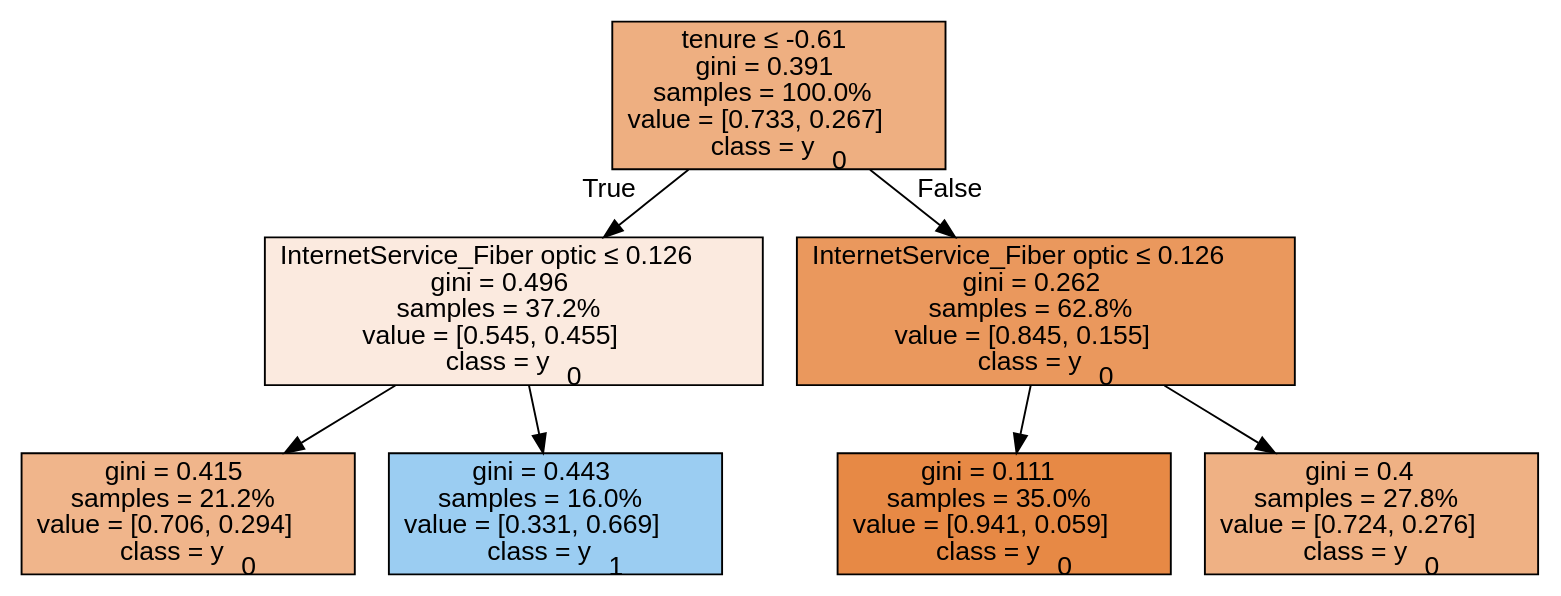
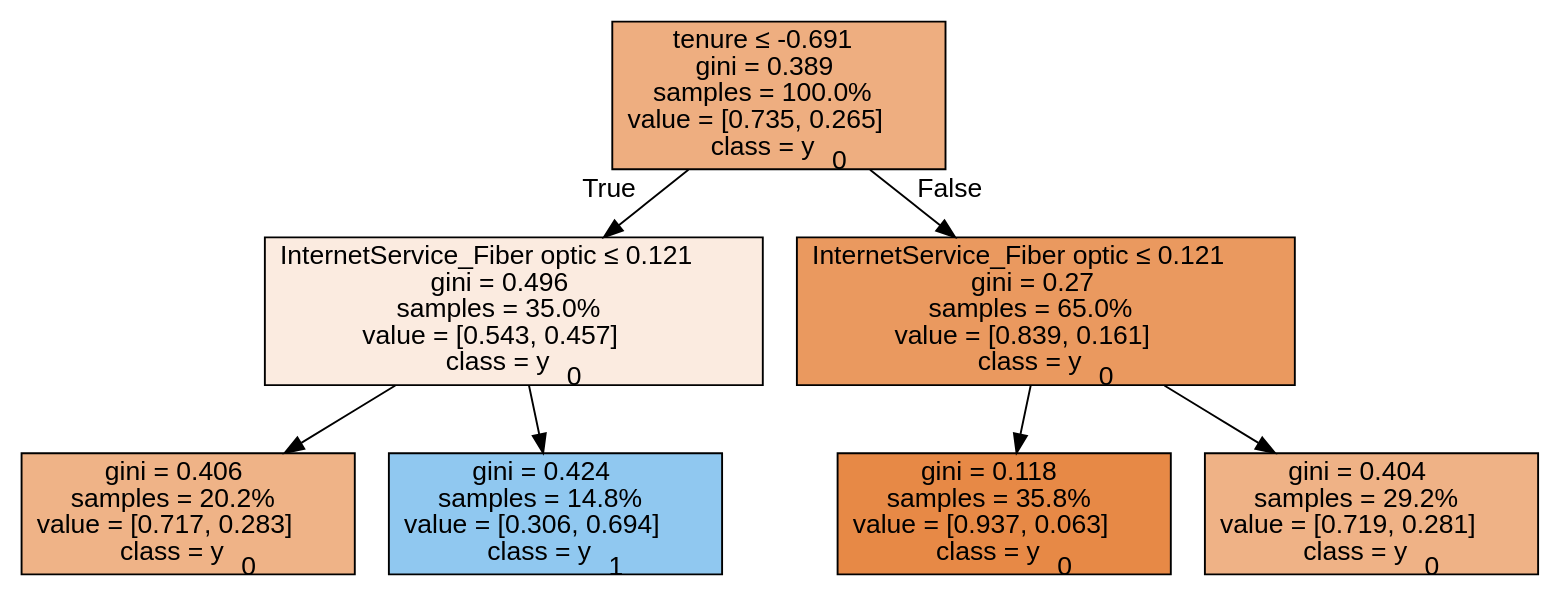
Before and after one commit to HishitaGupta/AI-ML-Progress: the diagram in ML/tree.dot, drawn with Graphviz. The commit also changed 2 other files, not shown here.

```diff
--- a/ML/tree.dot
+++ b/ML/tree.dot
@@ -1,17 +1,17 @@
 digraph Tree {
 node [shape=box, style="filled", color="black", fontname="helvetica"] ;
 edge [fontname="helvetica"] ;
-0 [label=<tenure &le; -0.61<br/>gini = 0.391<br/>samples = 100.0%<br/>value = [0.733, 0.267]<br/>class = y<SUB>0</SUB>>, fillcolor="#eeaf81"] ;
-1 [label=<InternetService_Fiber optic &le; 0.126<br/>gini = 0.496<br/>samples = 37.2%<br/>value = [0.545, 0.455]<br/>class = y<SUB>0</SUB>>, fillcolor="#fbeadf"] ;
+0 [label=<tenure &le; -0.691<br/>gini = 0.389<br/>samples = 100.0%<br/>value = [0.735, 0.265]<br/>class = y<SUB>0</SUB>>, fillcolor="#eeae80"] ;
+1 [label=<InternetService_Fiber optic &le; 0.121<br/>gini = 0.496<br/>samples = 35.0%<br/>value = [0.543, 0.457]<br/>class = y<SUB>0</SUB>>, fillcolor="#fbebe0"] ;
 0 -> 1 [labeldistance=2.5, labelangle=45, headlabel="True"] ;
-2 [label=<gini = 0.415<br/>samples = 21.2%<br/>value = [0.706, 0.294]<br/>class = y<SUB>0</SUB>>, fillcolor="#f0b58b"] ;
+2 [label=<gini = 0.406<br/>samples = 20.2%<br/>value = [0.717, 0.283]<br/>class = y<SUB>0</SUB>>, fillcolor="#efb387"] ;
 1 -> 2 ;
-3 [label=<gini = 0.443<br/>samples = 16.0%<br/>value = [0.331, 0.669]<br/>class = y<SUB>1</SUB>>, fillcolor="#9bcdf2"] ;
+3 [label=<gini = 0.424<br/>samples = 14.8%<br/>value = [0.306, 0.694]<br/>class = y<SUB>1</SUB>>, fillcolor="#90c8f0"] ;
 1 -> 3 ;
-4 [label=<InternetService_Fiber optic &le; 0.126<br/>gini = 0.262<br/>samples = 62.8%<br/>value = [0.845, 0.155]<br/>class = y<SUB>0</SUB>>, fillcolor="#ea985d"] ;
+4 [label=<InternetService_Fiber optic &le; 0.121<br/>gini = 0.27<br/>samples = 65.0%<br/>value = [0.839, 0.161]<br/>class = y<SUB>0</SUB>>, fillcolor="#ea995f"] ;
 0 -> 4 [labeldistance=2.5, labelangle=-45, headlabel="False"] ;
-5 [label=<gini = 0.111<br/>samples = 35.0%<br/>value = [0.941, 0.059]<br/>class = y<SUB>0</SUB>>, fillcolor="#e78945"] ;
+5 [label=<gini = 0.118<br/>samples = 35.8%<br/>value = [0.937, 0.063]<br/>class = y<SUB>0</SUB>>, fillcolor="#e78946"] ;
 4 -> 5 ;
-6 [label=<gini = 0.4<br/>samples = 27.8%<br/>value = [0.724, 0.276]<br/>class = y<SUB>0</SUB>>, fillcolor="#efb184"] ;
+6 [label=<gini = 0.404<br/>samples = 29.2%<br/>value = [0.719, 0.281]<br/>class = y<SUB>0</SUB>>, fillcolor="#efb286"] ;
 4 -> 6 ;
 }
```
